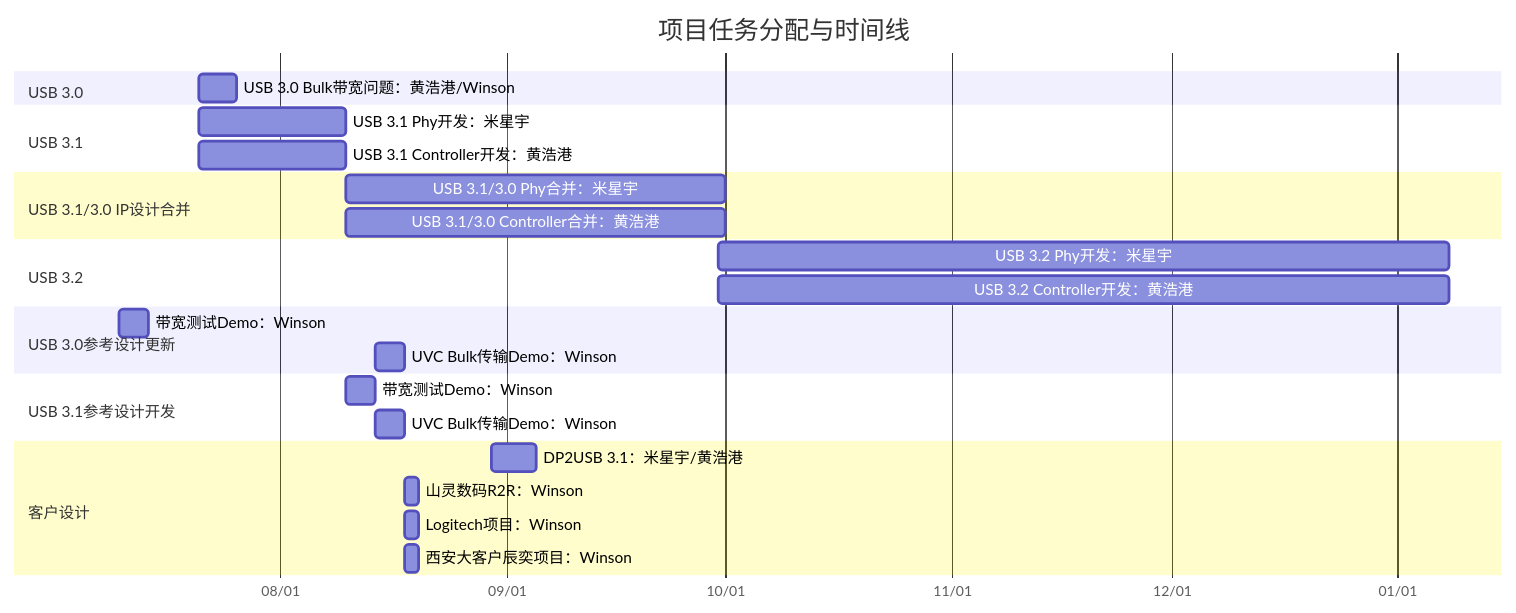
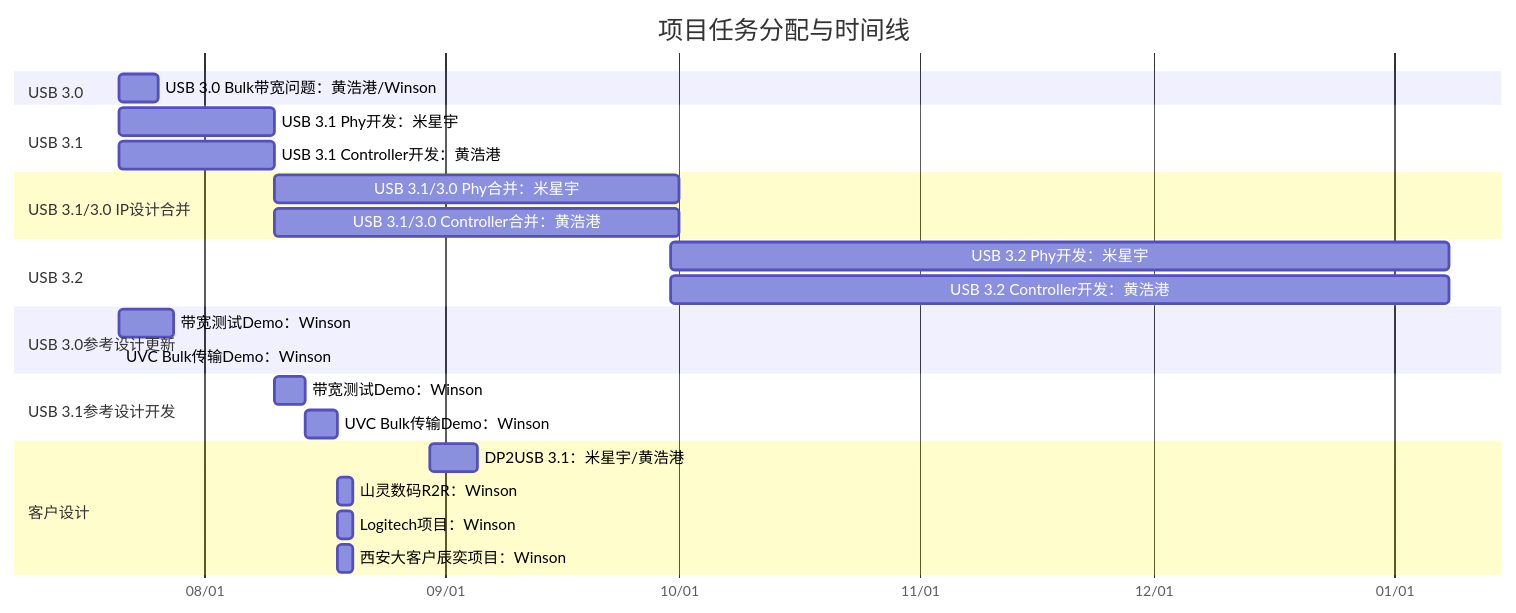
The diagram in all/未命名.md (winsonbook/iodraw-files), drawn with Mermaid before and after one commit.

Commit message:
2025-07-21 10:11:04 update

````diff
--- a/all/未命名.md
+++ b/all/未命名.md
@@ -1,35 +1,35 @@
 ```mermaid
 gantt
     title 项目任务分配与时间线
     dateFormat  YYYY-MM-DD
     axisFormat  %m/%d
 
     section USB 3.0
     USB 3.0 Bulk带宽问题：黄浩港/Winson   :    task1, 2025-07-21, 5d
 
     section USB 3.1
     USB 3.1 Phy开发：米星宇      :         task2, 2025-07-21, 20d
     USB 3.1 Controller开发：黄浩港      :  task3, 2025-07-21, 20d
 
     section USB 3.1/3.0 IP设计合并
     USB 3.1/3.0 Phy合并：米星宇       :    task4, 2025-08-10, 52d
     USB 3.1/3.0 Controller合并：黄浩港:    task5, 2025-08-10, 52d
 
     section USB 3.2
     USB 3.2 Phy开发：米星宇      :         task2, 2025-09-30, 100d
     USB 3.2 Controller开发：黄浩港      :  task3, 2025-09-30, 100d
 
     section USB 3.0参考设计更新
-    带宽测试Demo：Winson       :         task6, 2025-07-10, 4d
-    UVC Bulk传输Demo：Winson   :        task7, 2025-08-14, 4d
+    带宽测试Demo：Winson       :         task6, 2025-07-21, 7d
+    UVC Bulk传输Demo：Winson   :        task7, 2025-07-21, d
 
     section USB 3.1参考设计开发
     带宽测试Demo：Winson       :         task8, 2025-08-10, 4d
     UVC Bulk传输Demo：Winson   :         task9, 2025-08-14, 4d
 
     section 客户设计
     DP2USB 3.1：米星宇/黄浩港      :task10, 2025-08-30, 6d
     山灵数码R2R：Winson :             task11, 2025-08-18, 2d
     Logitech项目：Winson :            task12, 2025-08-18, 2d
     西安大客户辰奕项目：Winson :       task13, 2025-08-18, 2d
 ```
````
